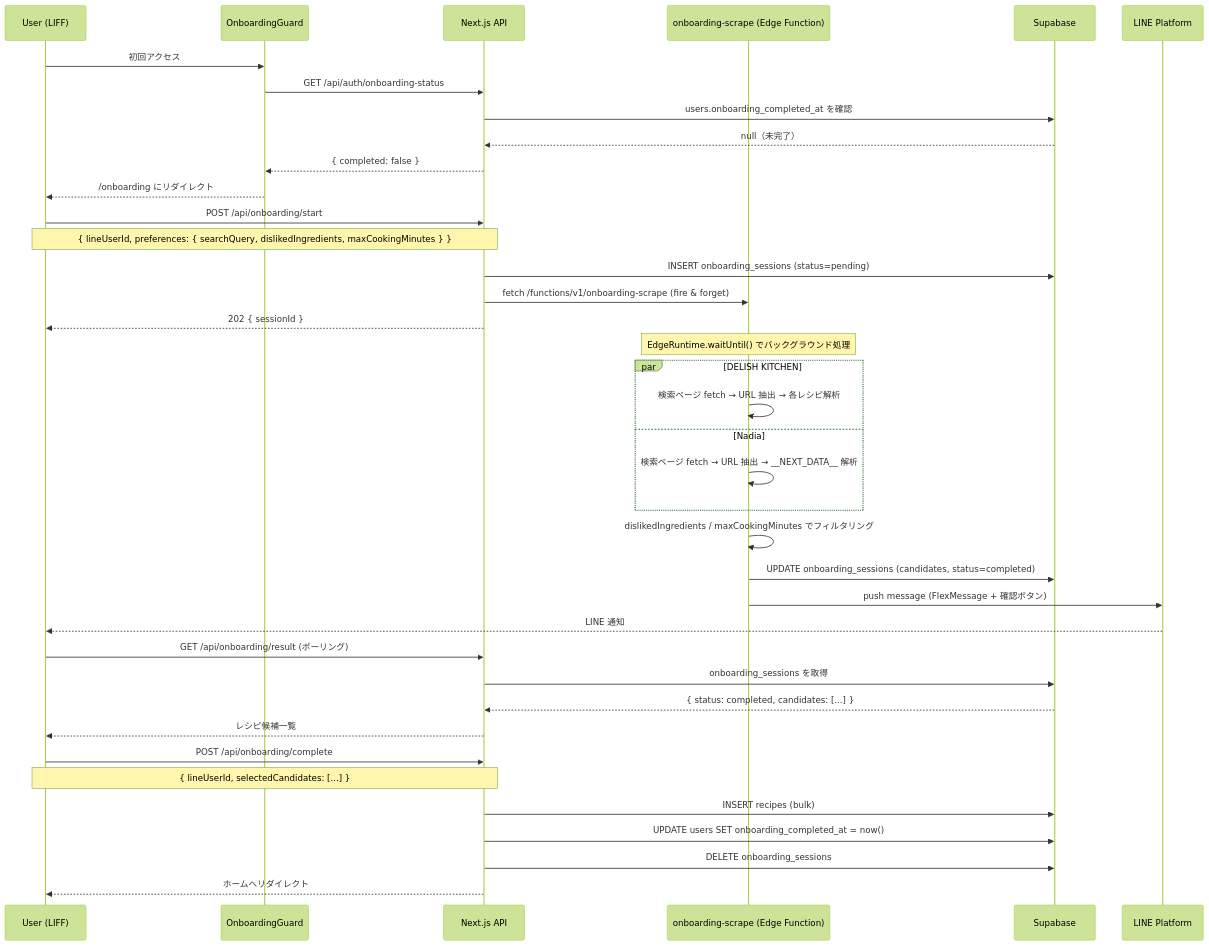
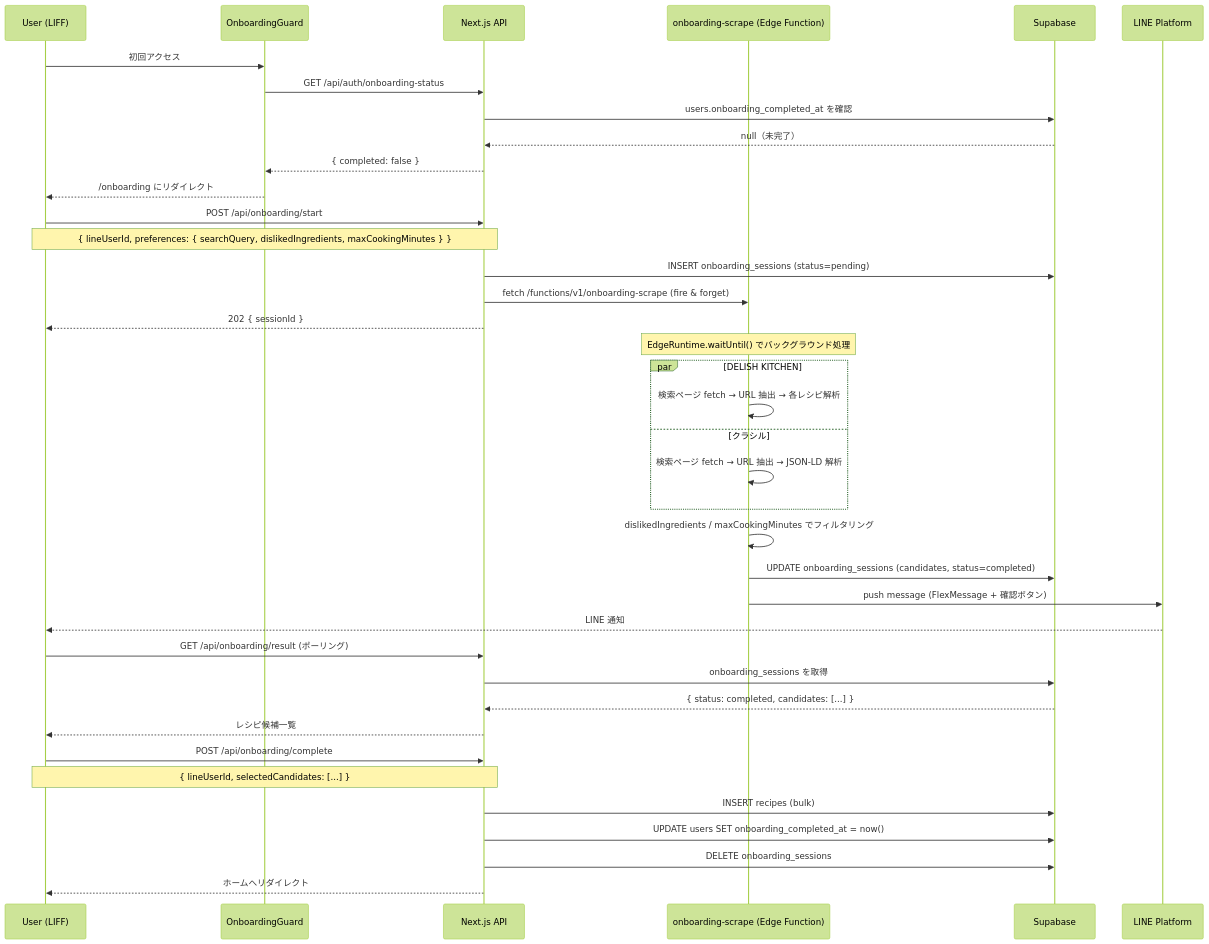
One commit to mktu/recipe-app changed the eighth of 11 diagrams in docs/ARCHITECTURE.md. Above: the diagram before and after it, drawn with Mermaid (forest theme). The commit also changed other lines of this file and 2 other files, not shown here.

Commit message:
fix: オンボーディングスクレイピングの Nadia をクラシルに差し替え
Nadia の検索ページは SPA のためクエリに関係なく同一の 30 件が返るバグを修正。
SSR で検索結果が取得できる クラシル（kurashiru.com）に差し替えた。
クラシルは JSON-LD を持つためフォールバックの __NEXT_DATA__ 解析も不要になり削除。

````diff
--- a/docs/ARCHITECTURE.md
+++ b/docs/ARCHITECTURE.md
@@ -447,47 +447,47 @@
 ```mermaid
 sequenceDiagram
     participant User as User (LIFF)
     participant Guard as OnboardingGuard
     participant API as Next.js API
     participant EF as onboarding-scrape (Edge Function)
     participant DB as Supabase
     participant LINE as LINE Platform
 
     User->>Guard: 初回アクセス
     Guard->>API: GET /api/auth/onboarding-status
     API->>DB: users.onboarding_completed_at を確認
     DB-->>API: null（未完了）
     API-->>Guard: { completed: false }
     Guard-->>User: /onboarding にリダイレクト
 
     User->>API: POST /api/onboarding/start
     Note over User,API: { lineUserId, preferences: { searchQuery, dislikedIngredients, maxCookingMinutes } }
     API->>DB: INSERT onboarding_sessions (status=pending)
     API->>EF: fetch /functions/v1/onboarding-scrape (fire & forget)
     API-->>User: 202 { sessionId }
 
     Note over EF: EdgeRuntime.waitUntil() でバックグラウンド処理
 
     par DELISH KITCHEN
         EF->>EF: 検索ページ fetch → URL 抽出 → 各レシピ解析
-    and Nadia
-        EF->>EF: 検索ページ fetch → URL 抽出 → __NEXT_DATA__ 解析
+    and クラシル
+        EF->>EF: 検索ページ fetch → URL 抽出 → JSON-LD 解析
     end
 
     EF->>EF: dislikedIngredients / maxCookingMinutes でフィルタリング
     EF->>DB: UPDATE onboarding_sessions (candidates, status=completed)
     EF->>LINE: push message (FlexMessage + 確認ボタン)
     LINE-->>User: LINE 通知
 
     User->>API: GET /api/onboarding/result (ポーリング)
     API->>DB: onboarding_sessions を取得
     DB-->>API: { status: completed, candidates: [...] }
     API-->>User: レシピ候補一覧
 
     User->>API: POST /api/onboarding/complete
     Note over User,API: { lineUserId, selectedCandidates: [...] }
     API->>DB: INSERT recipes (bulk)
     API->>DB: UPDATE users SET onboarding_completed_at = now()
     API->>DB: DELETE onboarding_sessions
     API-->>User: ホームへリダイレクト
 ```
````
